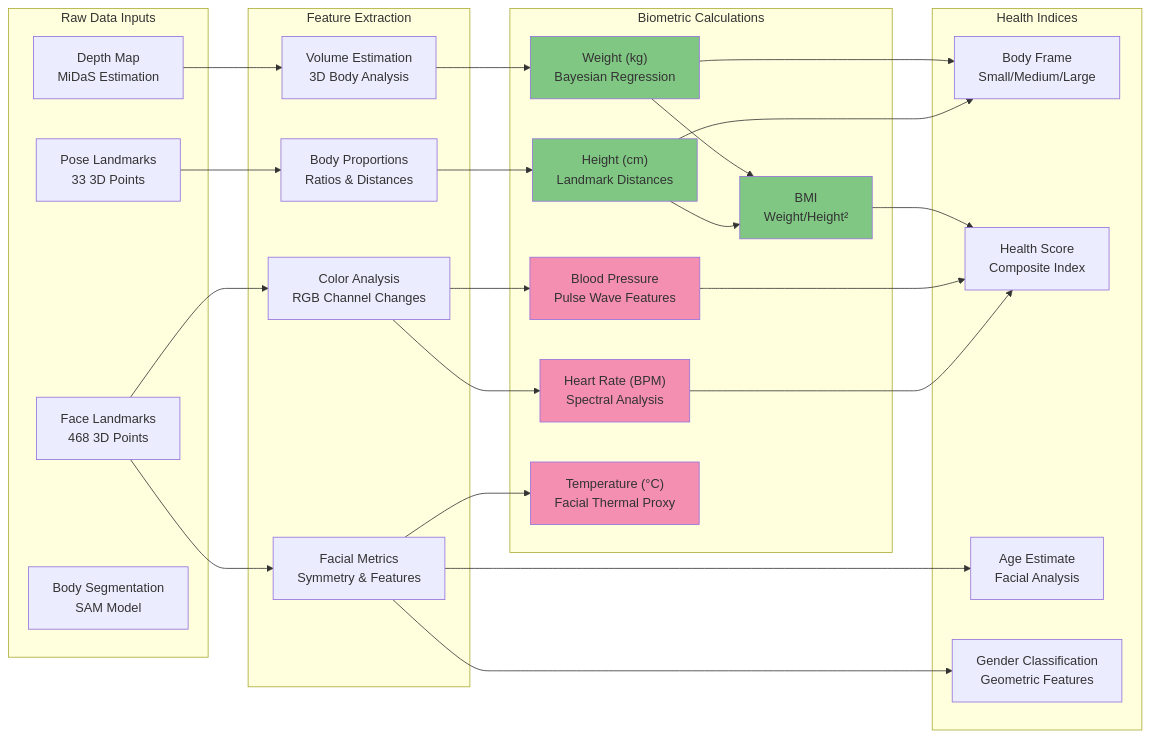
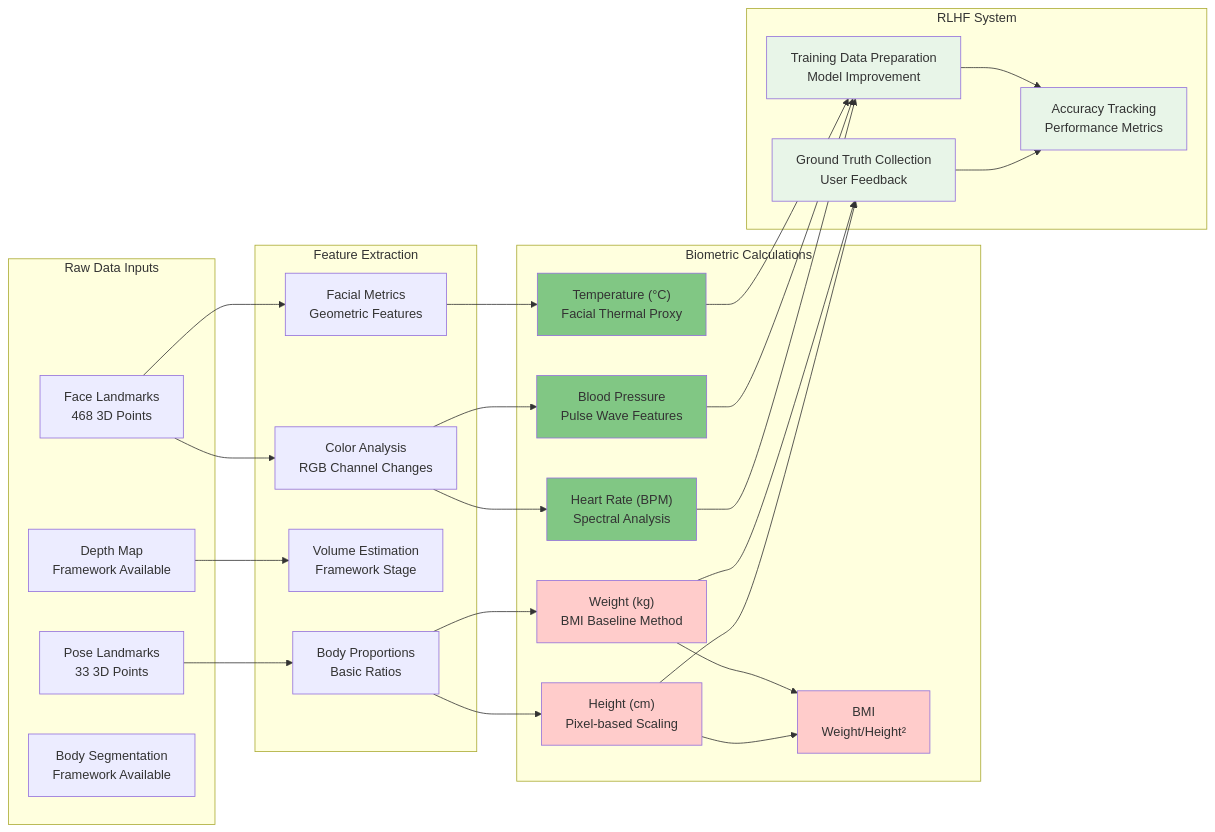
Before and after one commit to mgkram4/doc: the fourth of 4 diagrams in README.md, drawn with Mermaid. The commit also changed other lines of this file, not shown here.

````diff
--- a/README.md
+++ b/README.md
@@ -303,60 +310,63 @@
 ```mermaid
 flowchart LR
     subgraph "Raw Data Inputs"
         A["Pose Landmarks<br/>33 3D Points"]
         B["Face Landmarks<br/>468 3D Points"]
-        C["Depth Map<br/>MiDaS Estimation"]
-        D["Body Segmentation<br/>SAM Model"]
+        C["Depth Map<br/>Framework Available"]
+        D["Body Segmentation<br/>Framework Available"]
     end
     
     subgraph "Feature Extraction"
-        E["Body Proportions<br/>Ratios & Distances"]
-        F["Facial Metrics<br/>Symmetry & Features"]
-        G["Volume Estimation<br/>3D Body Analysis"]
+        E["Body Proportions<br/>Basic Ratios"]
+        F["Facial Metrics<br/>Geometric Features"]
+        G["Volume Estimation<br/>Framework Stage"]
         H["Color Analysis<br/>RGB Channel Changes"]
     end
     
     subgraph "Biometric Calculations"
-        I["Height (cm)<br/>Landmark Distances"]
-        J["Weight (kg)<br/>Bayesian Regression"]
+        I["Height (cm)<br/>Pixel-based Scaling"]
+        J["Weight (kg)<br/>BMI Baseline Method"]
         K["BMI<br/>Weight/Height²"]
         L["Heart Rate (BPM)<br/>Spectral Analysis"]
         M["Blood Pressure<br/>Pulse Wave Features"]
         N["Temperature (°C)<br/>Facial Thermal Proxy"]
     end
     
-    subgraph "Health Indices"
-        O["Body Frame<br/>Small/Medium/Large"]
-        P["Health Score<br/>Composite Index"]
-        Q["Age Estimate<br/>Facial Analysis"]
-        R["Gender Classification<br/>Geometric Features"]
+    subgraph "RLHF System"
+        O["Ground Truth Collection<br/>User Feedback"]
+        P["Training Data Preparation<br/>Model Improvement"]
+        Q["Accuracy Tracking<br/>Performance Metrics"]
     end
     
     A --> E
     B --> F
     C --> G
     B --> H
     
     E --> I
-    G --> J
+    E --> J
     I --> K
     J --> K
     H --> L
     H --> M
     F --> N
     
-    F --> Q
-    F --> R
     I --> O
     J --> O
     L --> P
     M --> P
-    K --> P
+    N --> P
     
-    style I fill:#81c784
-    style J fill:#81c784
-    style K fill:#81c784
-    style L fill:#f48fb1
-    style M fill:#f48fb1
-    style N fill:#f48fb1
+    O --> Q
+    P --> Q
+    
+    style I fill:#ffcccb
+    style J fill:#ffcccb
+    style K fill:#ffcccb
+    style L fill:#81c784
+    style M fill:#81c784
+    style N fill:#81c784
+    style O fill:#e8f5e8
+    style P fill:#e8f5e8
+    style Q fill:#e8f5e8
 ```
````
